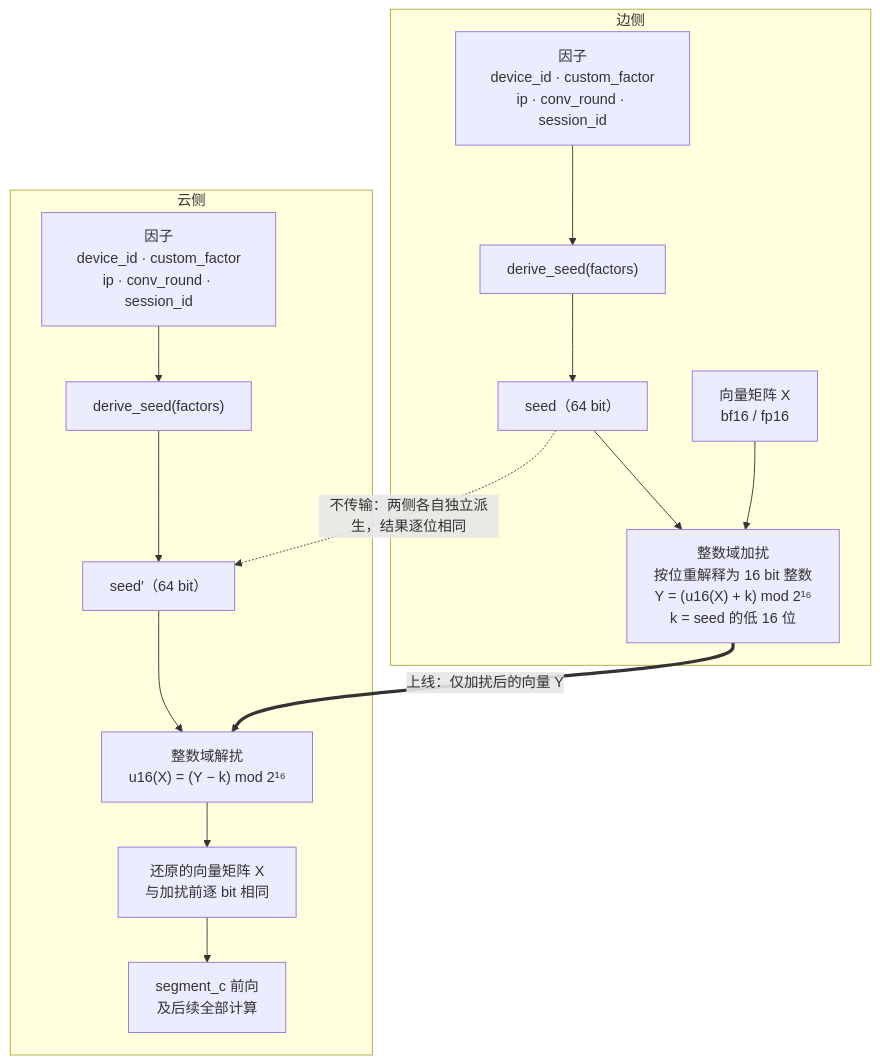
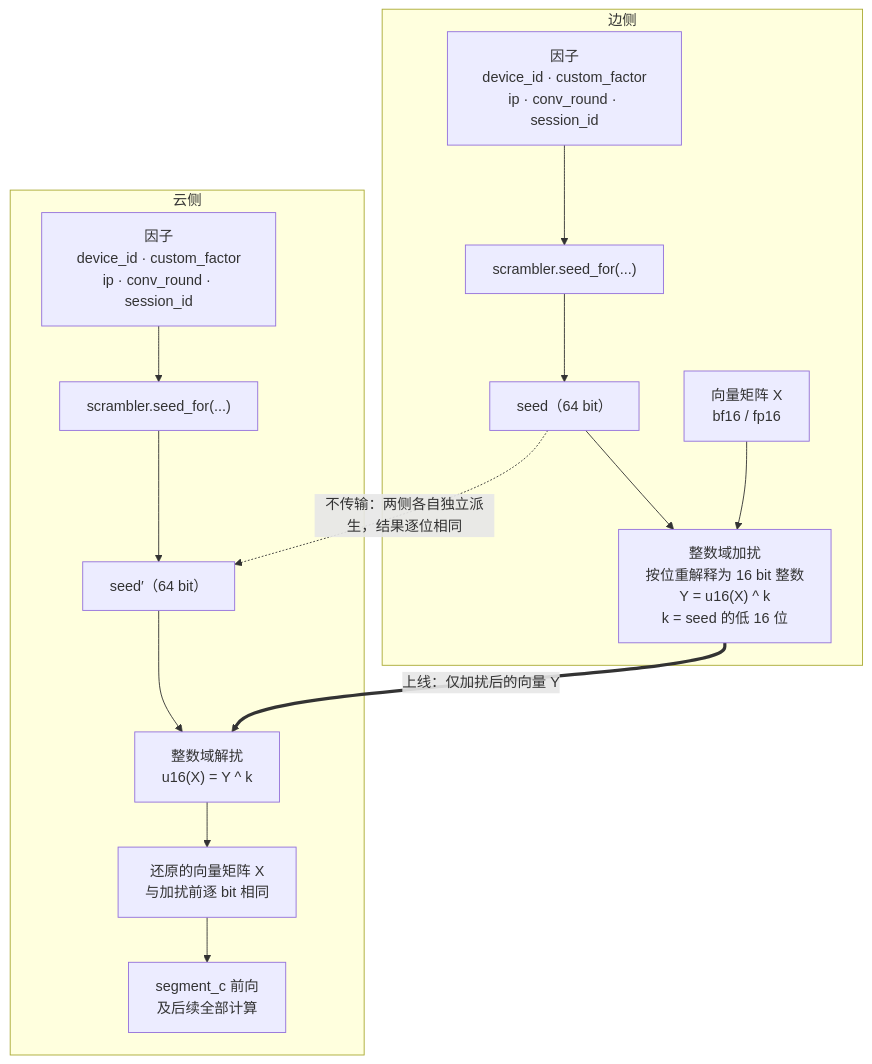
One commit to fei-cn-xie/blog-repo changed the first of 3 diagrams in vllm/加扰与解扰.md. Above: the diagram before and after it, drawn with Mermaid. The commit also changed other lines of this file, not shown here.

````diff
--- a/vllm/加扰与解扰.md
+++ b/vllm/加扰与解扰.md
@@ -50,26 +50,26 @@
 ```mermaid
 flowchart TB
     subgraph Edge["边侧"]
         EF["因子<br/>device_id · custom_factor<br/>ip · conv_round · session_id"]
-        ED["derive_seed(factors)"]
+        ED["scrambler.seed_for(...)"]
         ES["seed（64 bit）"]
         EX["向量矩阵 X<br/>bf16 / fp16"]
-        ES1["整数域加扰<br/>按位重解释为 16 bit 整数<br/>Y = (u16(X) + k) mod 2¹⁶<br/>k = seed 的低 16 位"]
+        ES1["整数域加扰<br/>按位重解释为 16 bit 整数<br/>Y = u16(X) ^ k<br/>k = seed 的低 16 位"]
     end
 
     subgraph Cloud["云侧"]
         CF["因子<br/>device_id · custom_factor<br/>ip · conv_round · session_id"]
-        CD["derive_seed(factors)"]
+        CD["scrambler.seed_for(...)"]
         CS["seed′（64 bit）"]
-        DS1["整数域解扰<br/>u16(X) = (Y − k) mod 2¹⁶"]
+        DS1["整数域解扰<br/>u16(X) = Y ^ k"]
         DX["还原的向量矩阵 X<br/>与加扰前逐 bit 相同"]
         DC["segment_c 前向<br/>及后续全部计算"]
     end
 
     EF --> ED --> ES --> ES1
     EX --> ES1
     ES1 ==>|"上线：仅加扰后的向量 Y"| DS1
     CF --> CD --> CS --> DS1
     DS1 --> DX --> DC
     ES -.->|"不传输：两侧各自独立派生，结果逐位相同"| CS
 ```
````
